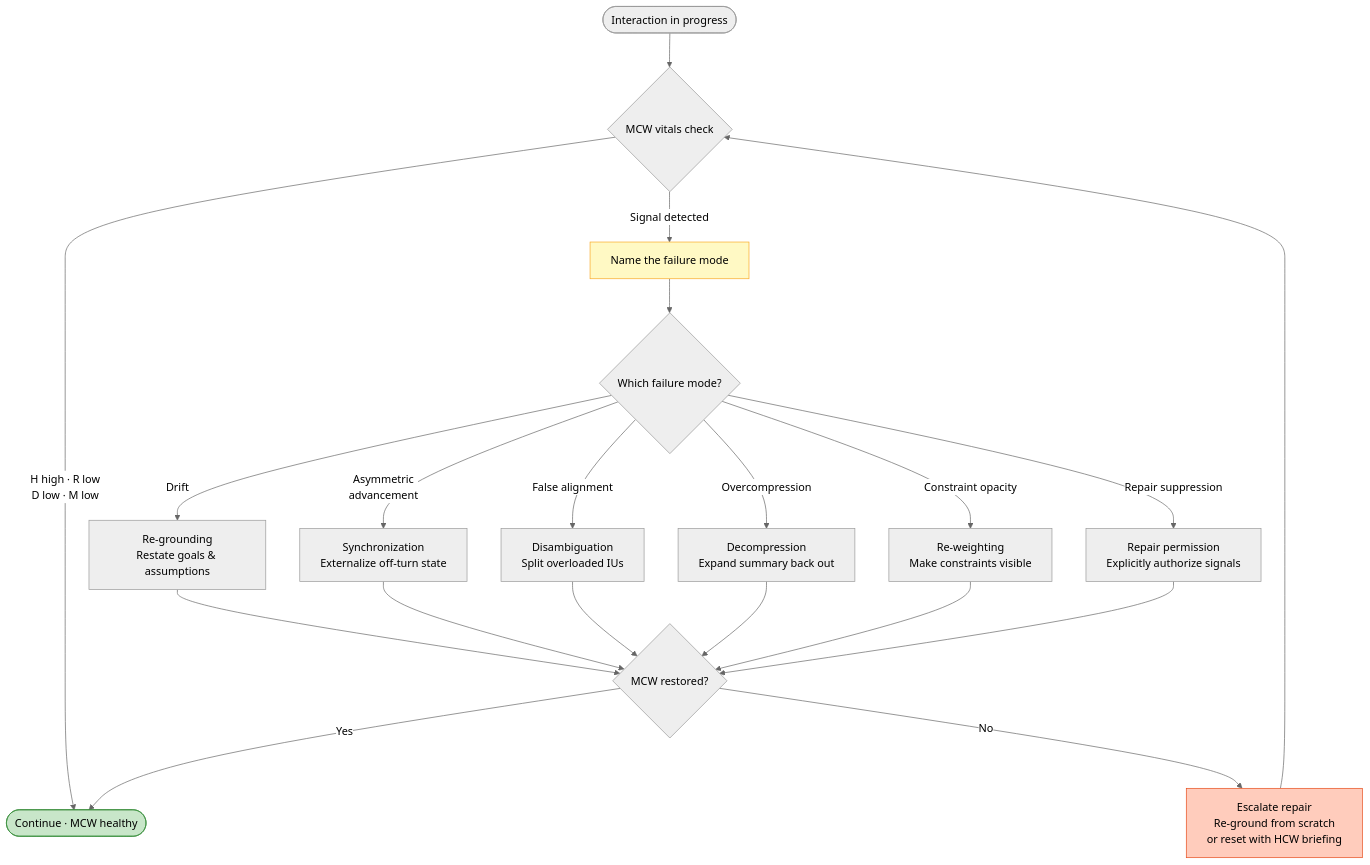
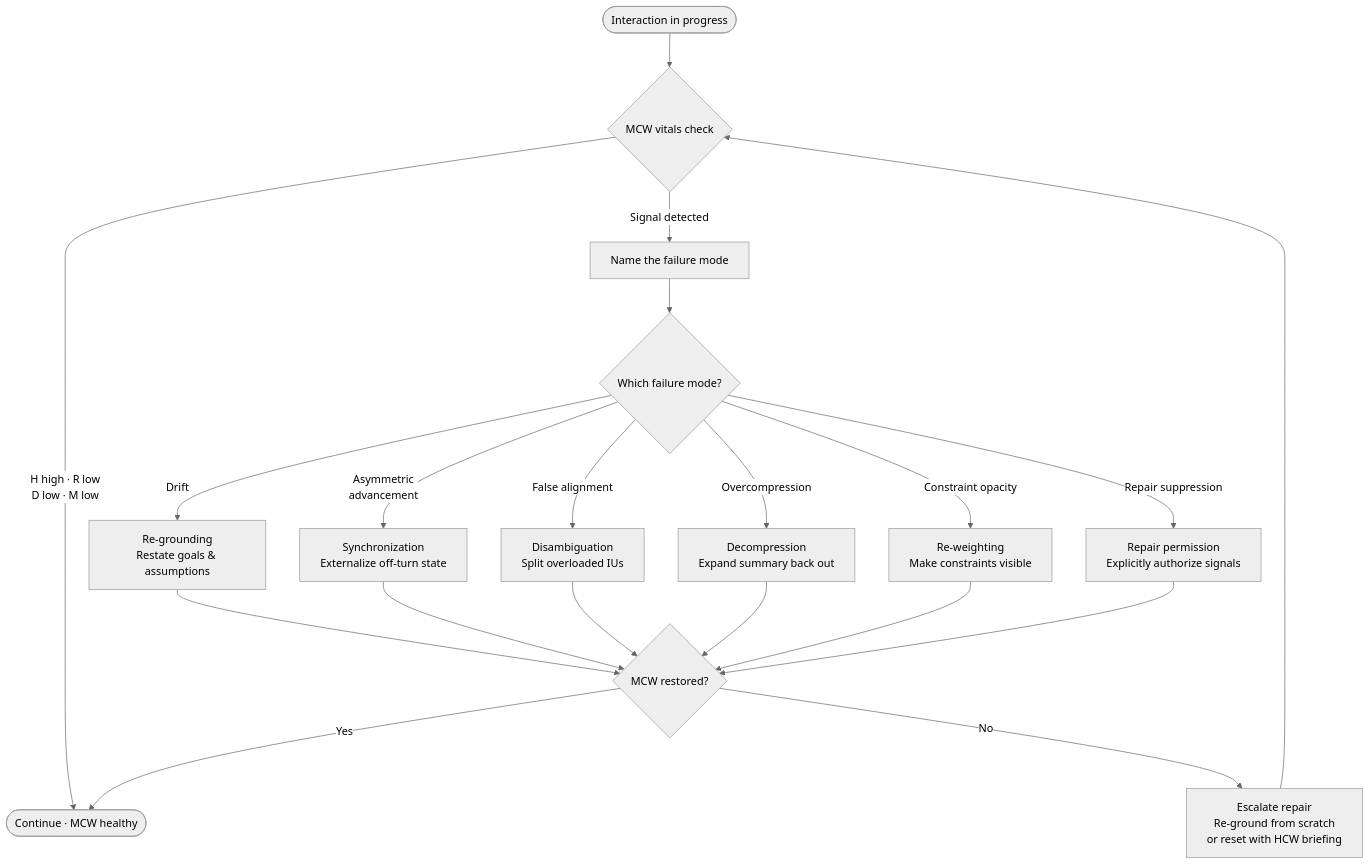
One commit to rainmana/mcw-framework changed the fourth of 5 diagrams in docs/diagrams.md. Above: the diagram before and after it, drawn with Mermaid (neutral theme). The commit also changed other lines of this file and 1 other file, not shown here.

First line of the commit message:
Fix Mermaid dark mode readability and add horizontal scroll

````diff
--- a/docs/diagrams.md
+++ b/docs/diagrams.md
@@ -138,31 +123,27 @@
 ```mermaid
 flowchart TD
     A([Interaction in progress]) --> B{MCW vitals check}
 
     B -->|"H high · R low\nD low · M low"| C([Continue · MCW healthy])
     B -->|"Signal detected"| D[Name the failure mode]
 
     D --> E{Which failure mode?}
 
     E -->|Drift| F["Re-grounding\nRestate goals & assumptions"]
     E -->|"Asymmetric\nadvancement"| G["Synchronization\nExternalize off-turn state"]
     E -->|"False alignment"| H["Disambiguation\nSplit overloaded IUs"]
     E -->|Overcompression| I["Decompression\nExpand summary back out"]
     E -->|"Constraint opacity"| J["Re-weighting\nMake constraints visible"]
     E -->|"Repair suppression"| K["Repair permission\nExplicitly authorize signals"]
 
     F --> L{MCW restored?}
     G --> L
     H --> L
     I --> L
     J --> L
     K --> L
 
     L -->|Yes| C
     L -->|No| M["Escalate repair\nRe-ground from scratch\nor reset with HCW briefing"]
     M --> B
-
-    style C fill:#c8e6c9,stroke:#388e3c
-    style D fill:#fff9c4,stroke:#f9a825
-    style M fill:#ffccbc,stroke:#e64a19
 ```
````
